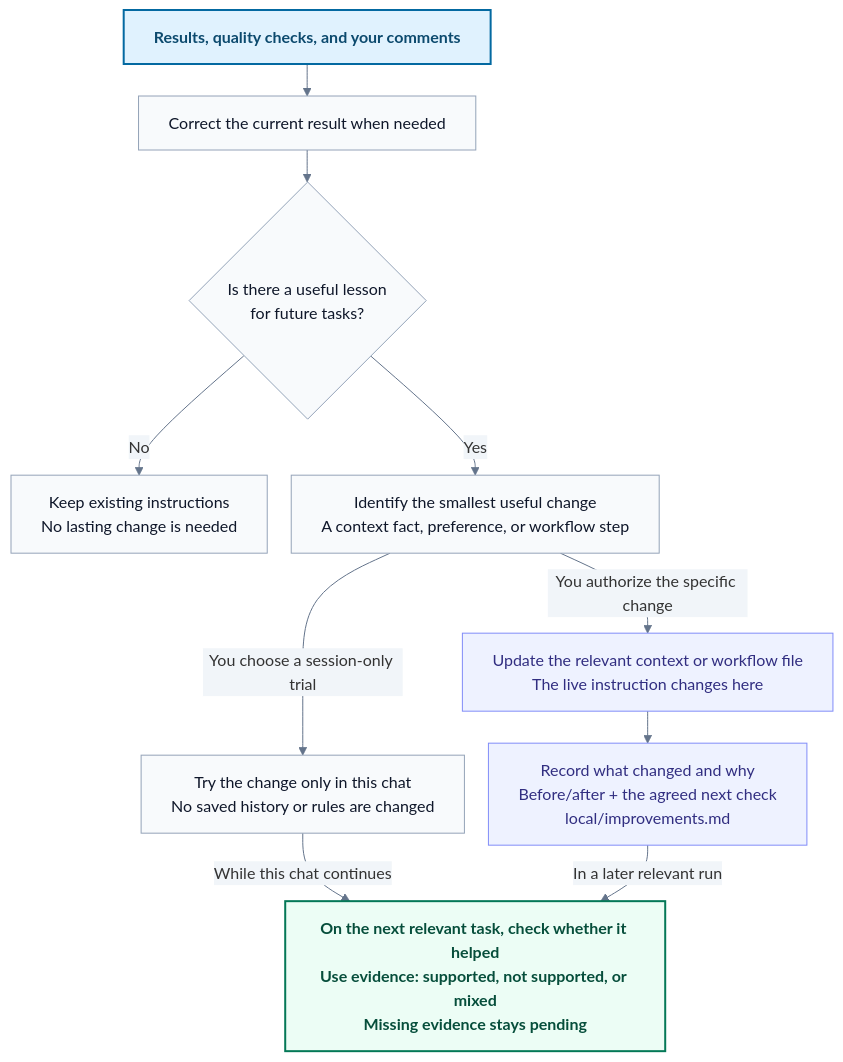
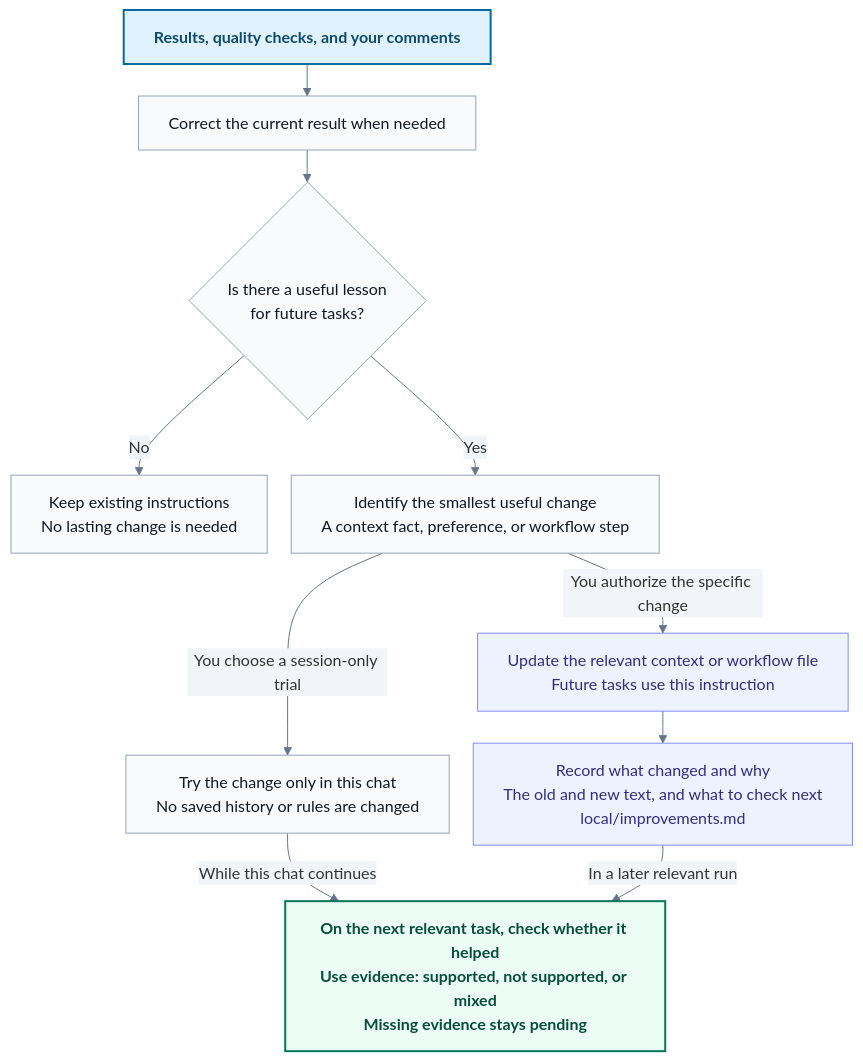
The second of 2 diagrams in README.md (williswee/agent-os), drawn with Mermaid before and after one commit. The commit also changed other lines of this file, not shown here.

````diff
--- a/README.md
+++ b/README.md
@@ -115,31 +305,31 @@
 ```mermaid
 %%{init: {"theme":"base","flowchart":{"nodeSpacing":24,"rankSpacing":32,"wrappingWidth":320},"themeVariables":{"fontSize":"16px","lineColor":"#64748b","edgeLabelBackground":"#f1f5f9"}}}%%
 flowchart TD
     FEEDBACK["Results, quality checks, and your comments"]
     FIX["Correct the current result when needed"]
     LESSON{"Is there a useful lesson<br/>for future tasks?"}
     KEEP["Keep existing instructions<br/>No lasting change is needed"]
     PROPOSE["Identify the smallest useful change<br/>A context fact, preference, or workflow step"]
     LOCAL["Try the change only in this chat<br/>No saved history or rules are changed"]
-    UPDATE["Update the relevant context or workflow file<br/>The live instruction changes here"]
-    HISTORY["Record what changed and why<br/>Before/after + the agreed next check<br/>local/improvements.md"]
+    UPDATE["Update the relevant context or workflow file<br/>Future tasks use this instruction"]
+    HISTORY["Record what changed and why<br/>The old and new text, and what to check next<br/>local/improvements.md"]
     VERIFY["On the next relevant task, check whether it helped<br/>Use evidence: supported, not supported, or mixed<br/>Missing evidence stays pending"]
 
     FEEDBACK --> FIX --> LESSON
     LESSON -->|No| KEEP
     LESSON -->|Yes| PROPOSE
     PROPOSE -->|You choose a session-only trial| LOCAL
     PROPOSE -->|You authorize the specific change| UPDATE
     UPDATE --> HISTORY
     LOCAL -->|While this chat continues| VERIFY
     HISTORY -->|In a later relevant run| VERIFY
 
     classDef entry fill:#e0f2fe,stroke:#0369a1,stroke-width:2px,color:#0c4a6e,font-weight:bold;
     classDef memory fill:#eef2ff,stroke:#818cf8,color:#312e81;
     classDef action fill:#f8fafc,stroke:#94a3b8,color:#0f172a;
     classDef outcome fill:#ecfdf5,stroke:#047857,stroke-width:2px,color:#064e3b,font-weight:bold;
     class FEEDBACK entry;
     class UPDATE,HISTORY memory;
     class FIX,LESSON,KEEP,PROPOSE,LOCAL action;
     class VERIFY outcome;
 ```
````
